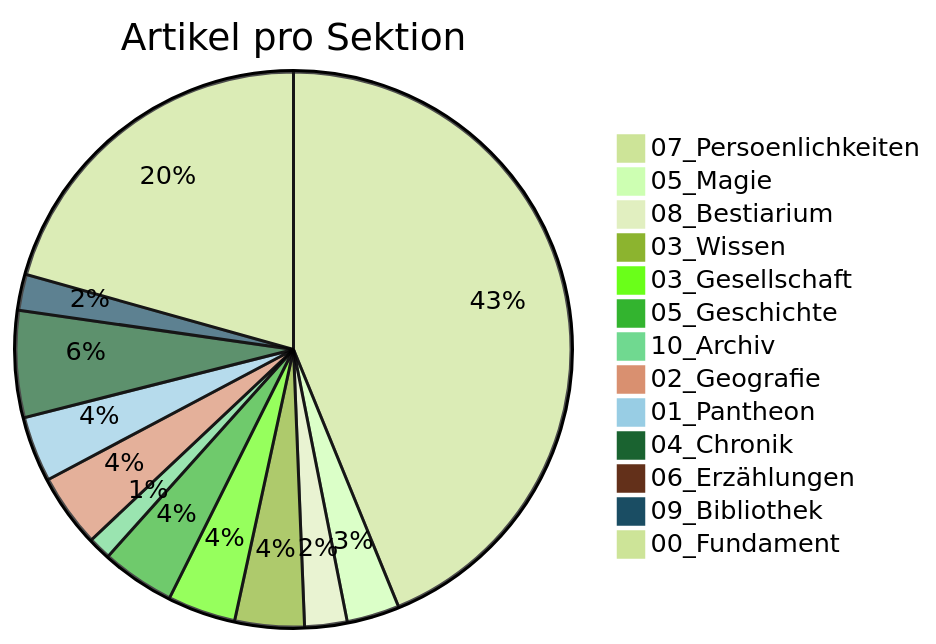
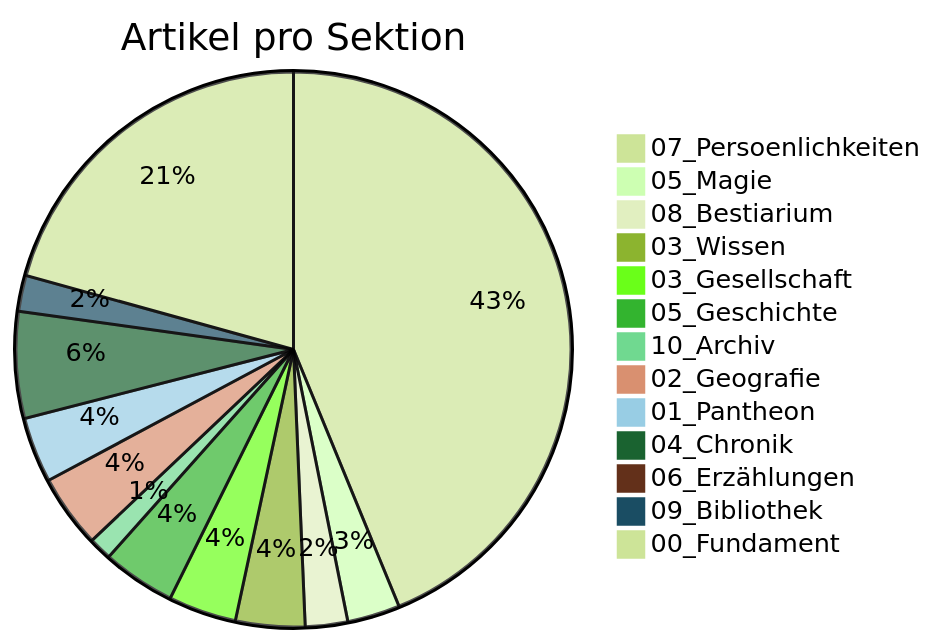
The diagram in Siebenwind_Wiki/10_Archiv/Wiki_Statistiken.md (Siebenwind/7w_wiki), drawn with Mermaid (forest theme) before and after one commit. The commit also changed other lines of this file and 12 other files, not shown here.

````diff
--- a/Siebenwind_Wiki/10_Archiv/Wiki_Statistiken.md
+++ b/Siebenwind_Wiki/10_Archiv/Wiki_Statistiken.md
@@ -40,16 +40,16 @@
 ```mermaid
 pie title Artikel pro Sektion
     "07_Persoenlichkeiten" : 586
     "05_Magie" : 41
     "08_Bestiarium" : 33
     "03_Wissen" : 54
     "03_Gesellschaft" : 53
     "05_Geschichte" : 57
     "10_Archiv" : 18
     "02_Geografie" : 57
     "01_Pantheon" : 51
     "04_Chronik" : 83
     "06_Erzählungen" : 12
     "09_Bibliothek" : 28
-    "00_Fundament" : 276
+    "00_Fundament" : 277
 ```
````
